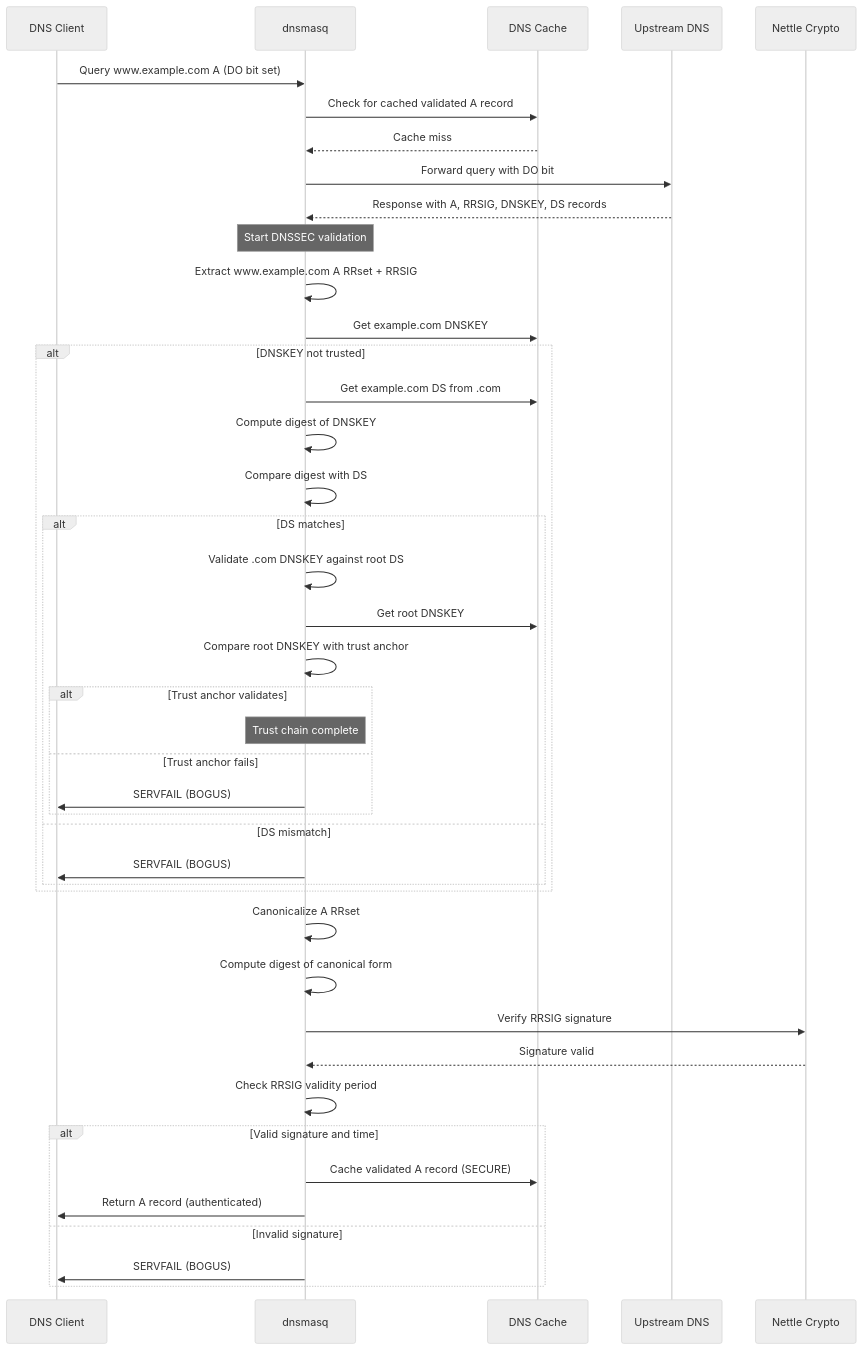
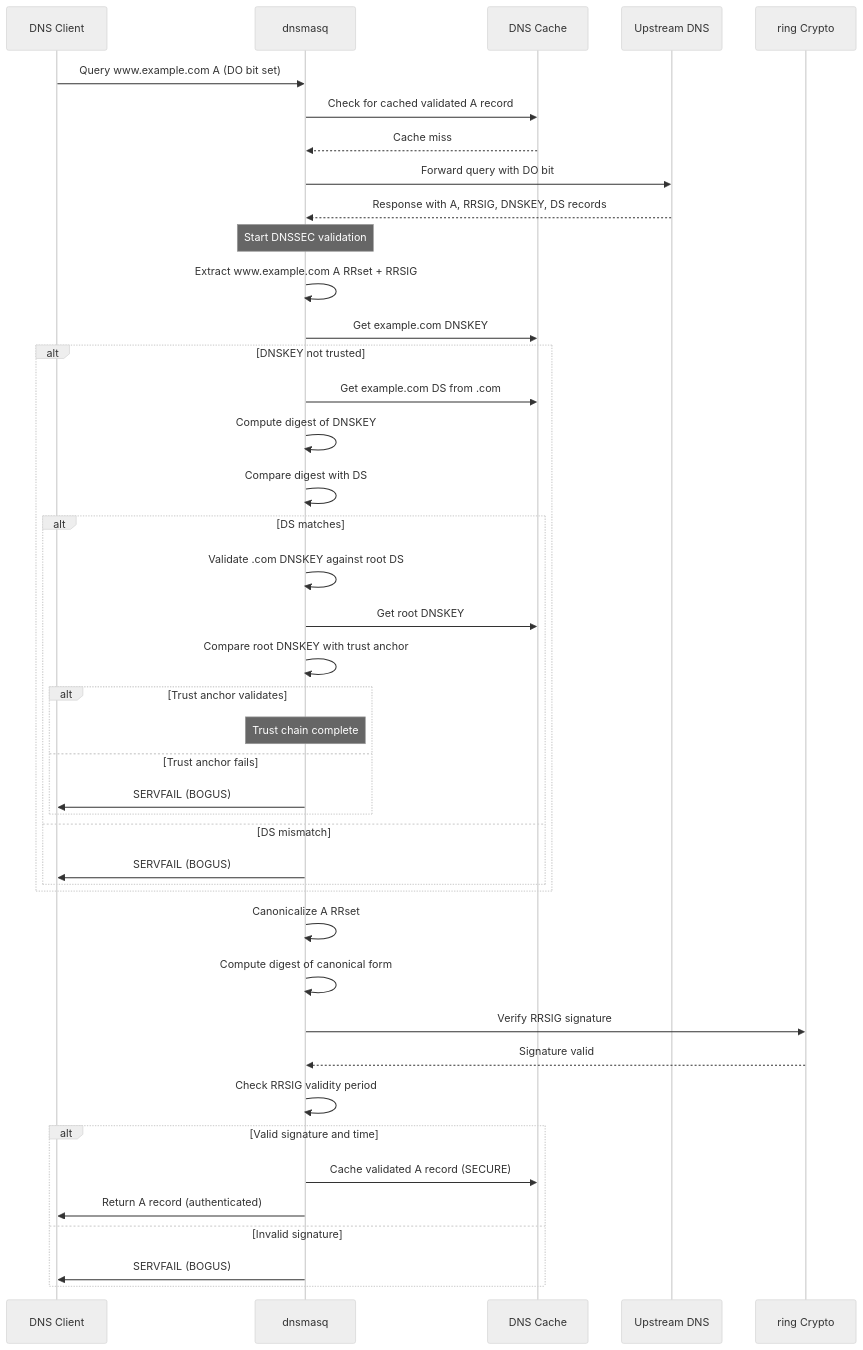
The third of 5 diagrams in docs/DNSSEC.md (blitzy-public-samples/blitzy-dnsmasq), drawn with Mermaid (neutral theme) before and after one commit. The commit also changed other lines of this file, not shown here.

````diff
--- a/docs/DNSSEC.md
+++ b/docs/DNSSEC.md
@@ -216,54 +219,54 @@
 ```mermaid
 sequenceDiagram
     participant Client as DNS Client
     participant Dnsmasq as dnsmasq
     participant Cache as DNS Cache
     participant Upstream as Upstream DNS
-    participant Crypto as Nettle Crypto
+    participant Crypto as ring Crypto
     
     Client->>Dnsmasq: Query www.example.com A (DO bit set)
     Dnsmasq->>Cache: Check for cached validated A record
     Cache-->>Dnsmasq: Cache miss
     
     Dnsmasq->>Upstream: Forward query with DO bit
     Upstream-->>Dnsmasq: Response with A, RRSIG, DNSKEY, DS records
     
     Note over Dnsmasq: Start DNSSEC validation
     
     Dnsmasq->>Dnsmasq: Extract www.example.com A RRset + RRSIG
     Dnsmasq->>Cache: Get example.com DNSKEY
     
     alt DNSKEY not trusted
         Dnsmasq->>Cache: Get example.com DS from .com
         Dnsmasq->>Dnsmasq: Compute digest of DNSKEY
         Dnsmasq->>Dnsmasq: Compare digest with DS
         
         alt DS matches
             Dnsmasq->>Dnsmasq: Validate .com DNSKEY against root DS
             Dnsmasq->>Cache: Get root DNSKEY
             Dnsmasq->>Dnsmasq: Compare root DNSKEY with trust anchor
             
             alt Trust anchor validates
                 Note over Dnsmasq: Trust chain complete
             else Trust anchor fails
                 Dnsmasq->>Client: SERVFAIL (BOGUS)
             end
         else DS mismatch
             Dnsmasq->>Client: SERVFAIL (BOGUS)
         end
     end
     
     Dnsmasq->>Dnsmasq: Canonicalize A RRset
     Dnsmasq->>Dnsmasq: Compute digest of canonical form
     Dnsmasq->>Crypto: Verify RRSIG signature
     Crypto-->>Dnsmasq: Signature valid
     
     Dnsmasq->>Dnsmasq: Check RRSIG validity period
     
     alt Valid signature and time
         Dnsmasq->>Cache: Cache validated A record (SECURE)
         Dnsmasq->>Client: Return A record (authenticated)
     else Invalid signature
         Dnsmasq->>Client: SERVFAIL (BOGUS)
     end
 ```
````
